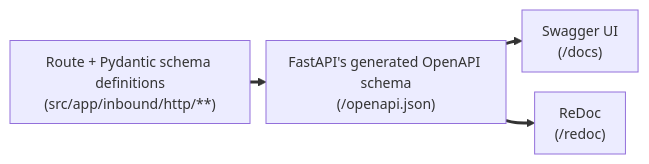
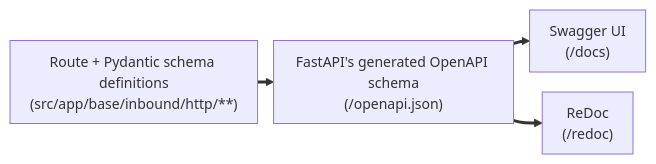
One commit to Kgotso-Koete/fastapi-clean-example changed the diagram in docs/wiki/content/api-reference.md. Above: the diagram before and after it, drawn with Mermaid. The commit also changed other lines of this file and 1006 other files, not shown here.

Commit message:
feat(modules): split the app into base, Organizations and Notifications modules, and shared (v0.20.0) (#19)

````diff
--- a/docs/wiki/content/api-reference.md
+++ b/docs/wiki/content/api-reference.md
@@ -19,9 +19,9 @@
     ```mermaid
     %%{init: {"theme": "default", "themeVariables": {"fontSize": "14px"}, "flowchart": {"nodeSpacing": 20, "rankSpacing": 16, "padding": 10, "subGraphTitleMargin": {"top": 5, "bottom": 12}, "useMaxWidth": false}}}%%
     flowchart LR
-        routes["Route + Pydantic schema definitions\n(src/app/inbound/http/**)"] --> openapi["FastAPI's generated OpenAPI schema\n(/openapi.json)"]
+        routes["Route + Pydantic schema definitions\n(src/app/base/inbound/http/**)"] --> openapi["FastAPI's generated OpenAPI schema\n(/openapi.json)"]
         openapi --> docs["Swagger UI\n(/docs)"]
         openapi --> redoc["ReDoc\n(/redoc)"]
 
         linkStyle default stroke-width:3px,stroke:#333333
     ```
````
